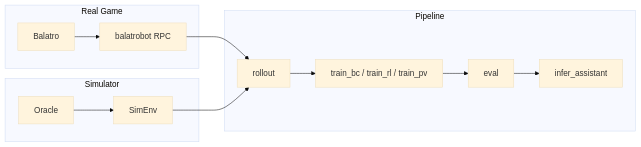
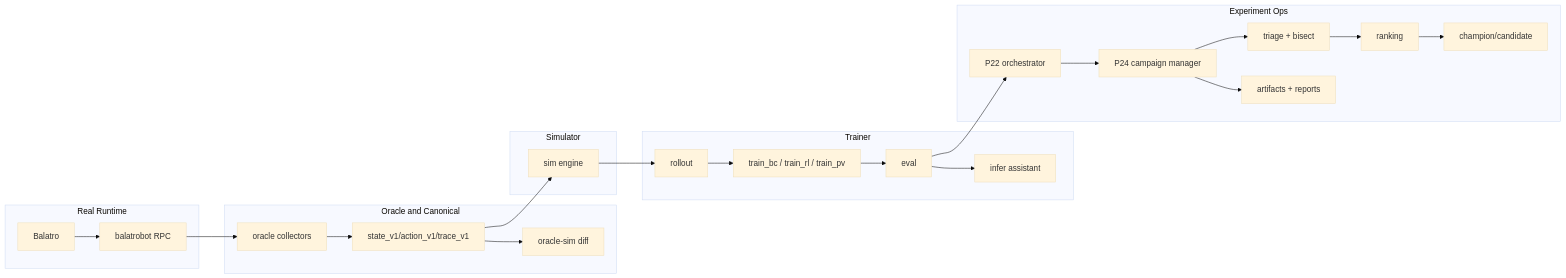
Before and after one commit to XcapeAxis/BalatroAI: the diagram in README.md, drawn with Mermaid (base theme). The commit also changed other lines of this file, not shown here.

Commit message:
docs: restructure README information architecture for P25

````diff
--- a/README.md
+++ b/README.md
@@ -14,22 +84,43 @@
 ```mermaid
 flowchart LR
-  subgraph real [Real Game]
-    Balatro[Balatro]
+  subgraph Real[Real Runtime]
+    G[Balatro]
     RPC[balatrobot RPC]
-    Balatro --> RPC
+    G --> RPC
   end
-  subgraph pipeline [Pipeline]
-    Rollout[rollout]
-    Train[train_bc / train_rl / train_pv]
-    Eval[eval]
-    Infer[infer_assistant]
-    Rollout --> Train --> Eval --> Infer
+
+  subgraph Canonical[Oracle and Canonical]
+    ORA[oracle collectors]
+    CAN[state_v1/action_v1/trace_v1]
+    DIFF[oracle-sim diff]
+    ORA --> CAN --> DIFF
   end
-  subgraph sim [Simulator]
-    SimEnv[SimEnv]
-    Oracle[Oracle]
+
+  subgraph Sim[Simulator]
+    SIM[sim engine]
   end
-  RPC --> Rollout
-  SimEnv --> Rollout
-  Oracle --> SimEnv
+
+  subgraph Train[Trainer]
+    RO[rollout]
+    TR[train_bc / train_rl / train_pv]
+    EV[eval]
+    INFER[infer assistant]
+    RO --> TR --> EV --> INFER
+  end
+
+  subgraph Ops[Experiment Ops]
+    ORCH[P22 orchestrator]
+    CAMP[P24 campaign manager]
+    TRI[triage + bisect]
+    RANK[ranking]
+    CC[champion/candidate]
+    ART[artifacts + reports]
+    ORCH --> CAMP --> TRI --> RANK --> CC
+    CAMP --> ART
+  end
+
+  RPC --> ORA
+  CAN --> SIM
+  SIM --> RO
+  EV --> ORCH
 ```
````
